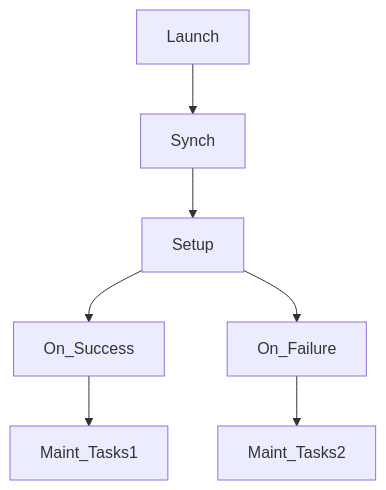
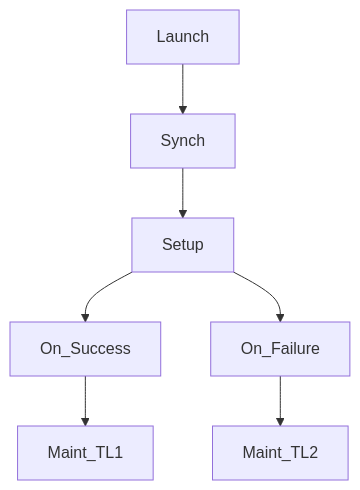
Before and after one commit to bvaughn123/Libvirt-Vagrant-Packer: the diagram in README.md, drawn with Mermaid. The commit also changed other lines of this file, not shown here.

````diff
--- a/README.md
+++ b/README.md
@@ -16,9 +22,9 @@
 ```mermaid
   graph TD;
     Launch-->Synch;
     Synch-->Setup;
     Setup-->On_Success;
     Setup-->On_Failure;
-    On_Success-->Maint_Tasks1;
-    On_Failure-->Maint_Tasks2;
+    On_Success-->Maint_TL1;
+    On_Failure-->Maint_TL2;
 ```
````
